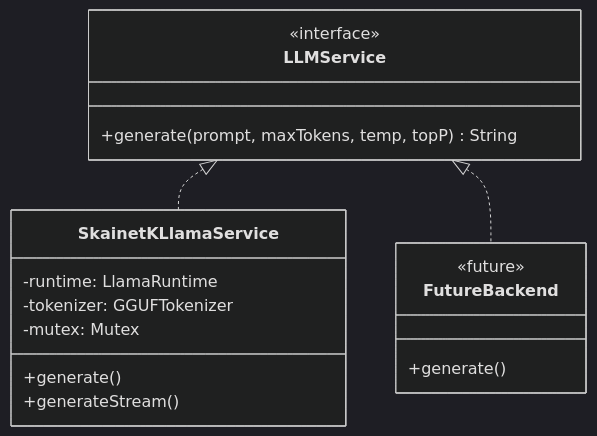
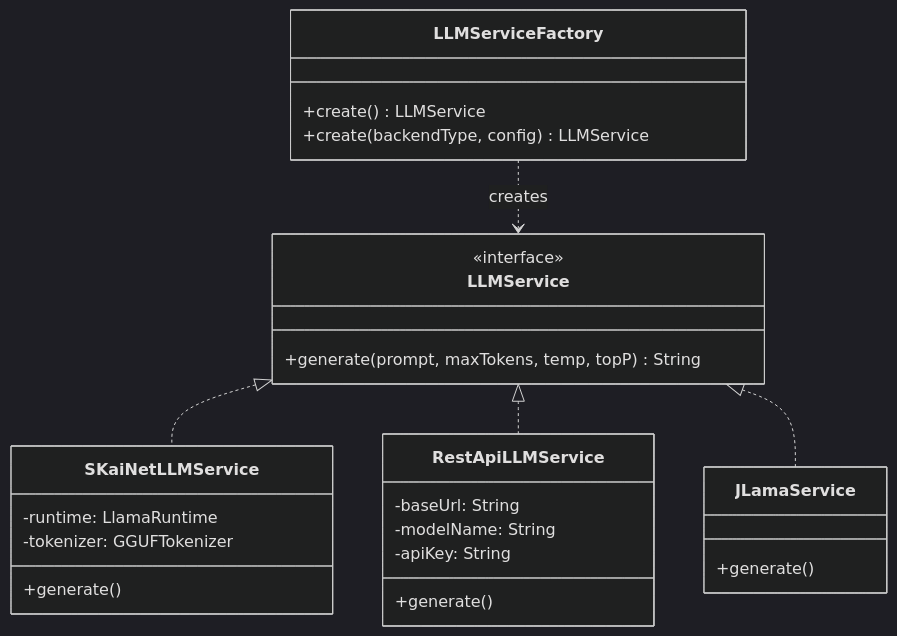
The second of 2 diagrams in docs/modules/architecture/pages/04-solution-strategy.adoc (michalharakal/Daily-StandAPP), drawn with Mermaid (dark theme) before and after one commit. The commit also changed other lines of this file and 10 other files, not shown here.

First line of the commit message:
Update arc42 architecture docs to reflect current codebase

```diff
--- a/docs/modules/architecture/pages/04-solution-strategy.adoc
+++ b/docs/modules/architecture/pages/04-solution-strategy.adoc
@@ -128,24 +127,35 @@
 [mermaid]
 ----
 classDiagram
     class LLMService {
         <<interface>>
         +generate(prompt, maxTokens, temp, topP) String
     }
 
-    class SkainetKLlamaService {
+    class SKaiNetLLMService {
         -runtime: LlamaRuntime
         -tokenizer: GGUFTokenizer
-        -mutex: Mutex
-        +generate()
-        +generateStream()
-    }
-
-    class FutureBackend {
-        <<future>>
         +generate()
     }
 
-    LLMService <|.. SkainetKLlamaService
-    LLMService <|.. FutureBackend
+    class RestApiLLMService {
+        -baseUrl: String
+        -modelName: String
+        -apiKey: String
+        +generate()
+    }
+
+    class JLamaService {
+        +generate()
+    }
+
+    class LLMServiceFactory {
+        +create() LLMService
+        +create(backendType, config) LLMService
+    }
+
+    LLMService <|.. SKaiNetLLMService
+    LLMService <|.. RestApiLLMService
+    LLMService <|.. JLamaService
+    LLMServiceFactory ..> LLMService : creates
 ----
```
